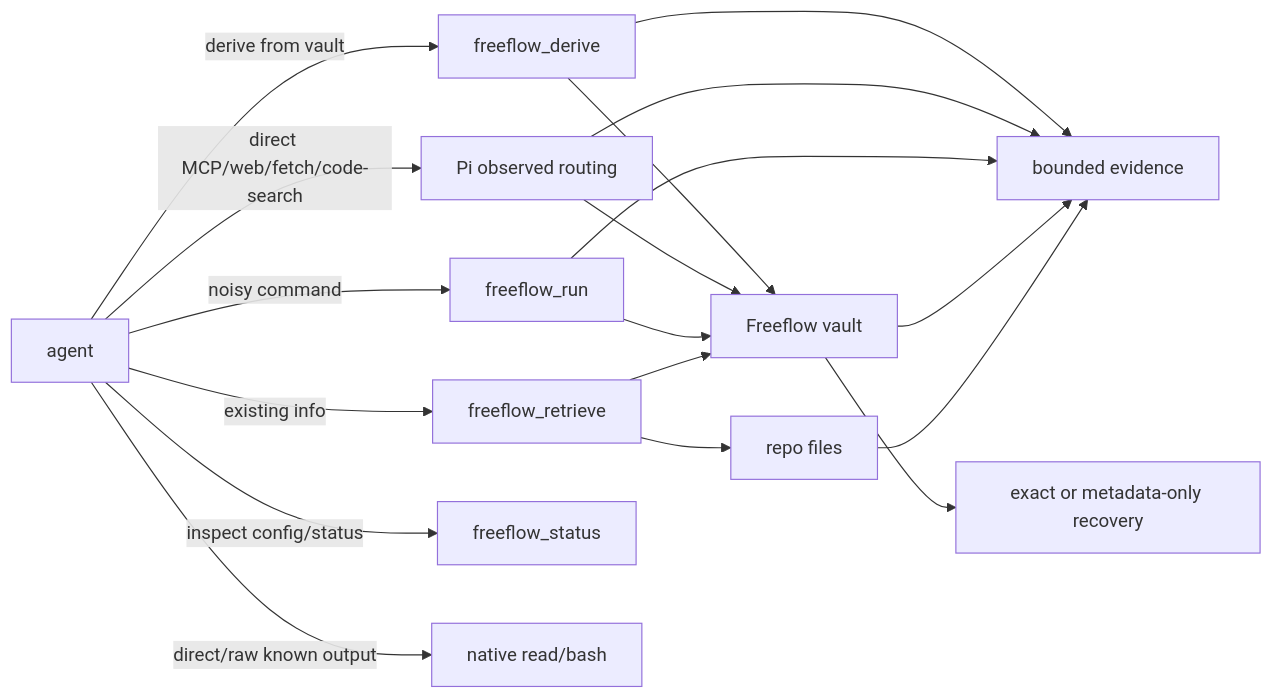
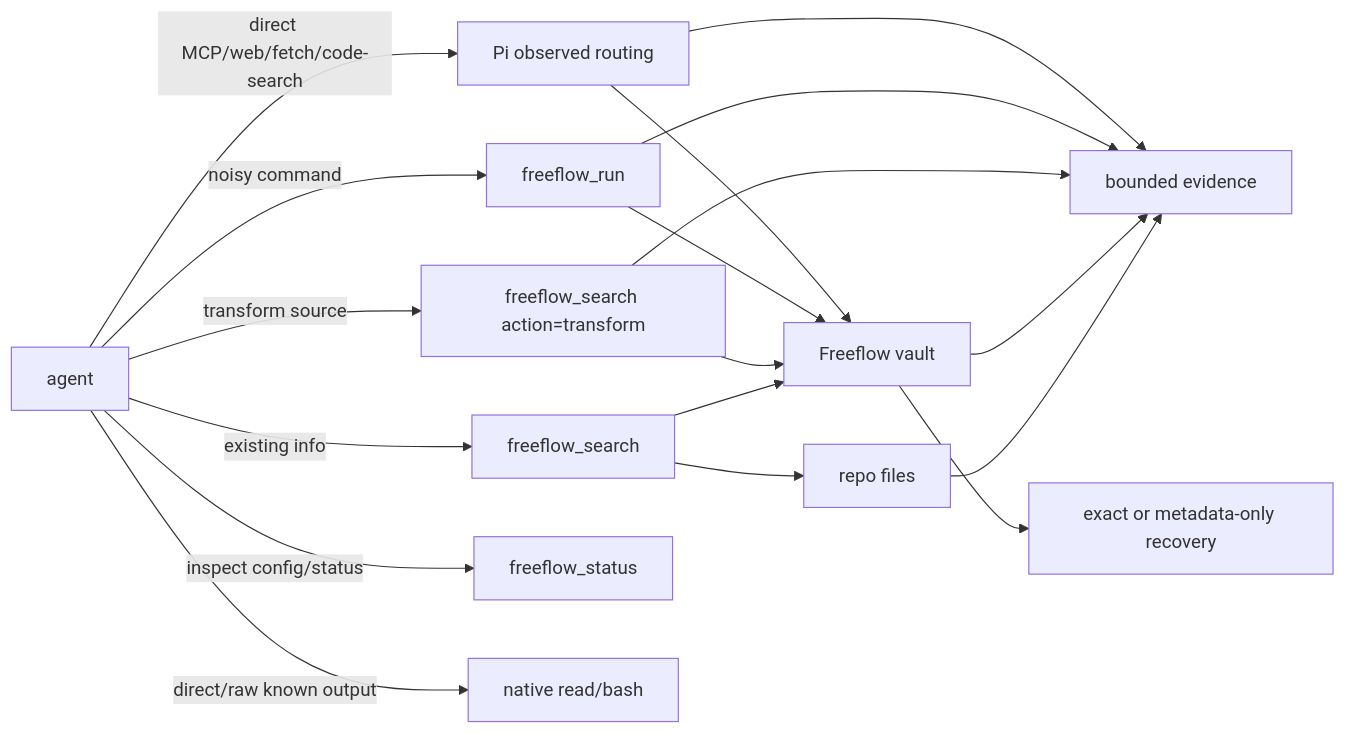
Before and after one commit to hassan-mohiddin/freeflow: the diagram in plugin-docs/output-router.md, drawn with Mermaid. The commit also changed other lines of this file and 77 other files, not shown here.

````diff
--- a/plugin-docs/output-router.md
+++ b/plugin-docs/output-router.md
@@ -33,30 +33,30 @@
 ```mermaid
 flowchart LR
   Agent[agent]
-  Retrieve[freeflow_retrieve]
+  Search[freeflow_search]
   Run[freeflow_run]
   Repo[repo files]
   Vault[Freeflow vault]
   Observed[Pi observed routing]
-  Derive[freeflow_derive]
+  Transform[freeflow_search action=transform]
   Status[freeflow_status]
   Native[native read/bash]
   Evidence[bounded evidence]
   Raw[exact or metadata-only recovery]
 
-  Agent -->|existing info| Retrieve
+  Agent -->|existing info| Search
   Agent -->|noisy command| Run
   Agent -->|direct MCP/web/fetch/code-search| Observed
-  Agent -->|derive from vault| Derive
+  Agent -->|transform source| Transform
   Agent -->|inspect config/status| Status
   Agent -->|direct/raw known output| Native
-  Retrieve --> Repo --> Evidence
-  Retrieve --> Vault --> Evidence
+  Search --> Repo --> Evidence
+  Search --> Vault --> Evidence
+  Transform --> Vault
+  Transform --> Evidence
   Run --> Vault
   Observed --> Vault
-  Derive --> Vault
   Run --> Evidence
   Observed --> Evidence
-  Derive --> Evidence
   Vault --> Raw
 ```
````
